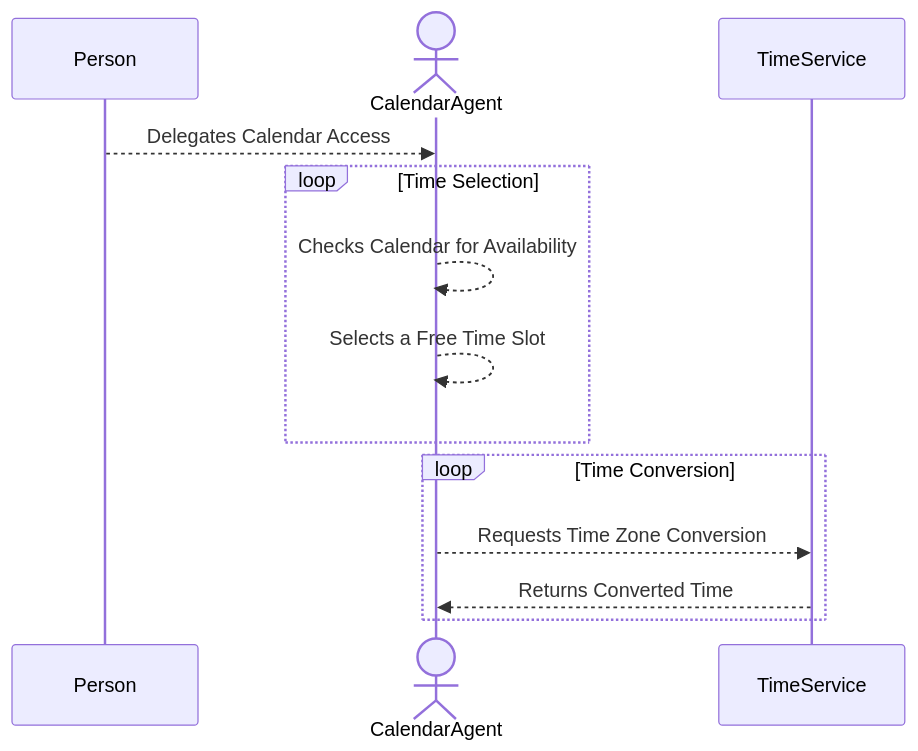
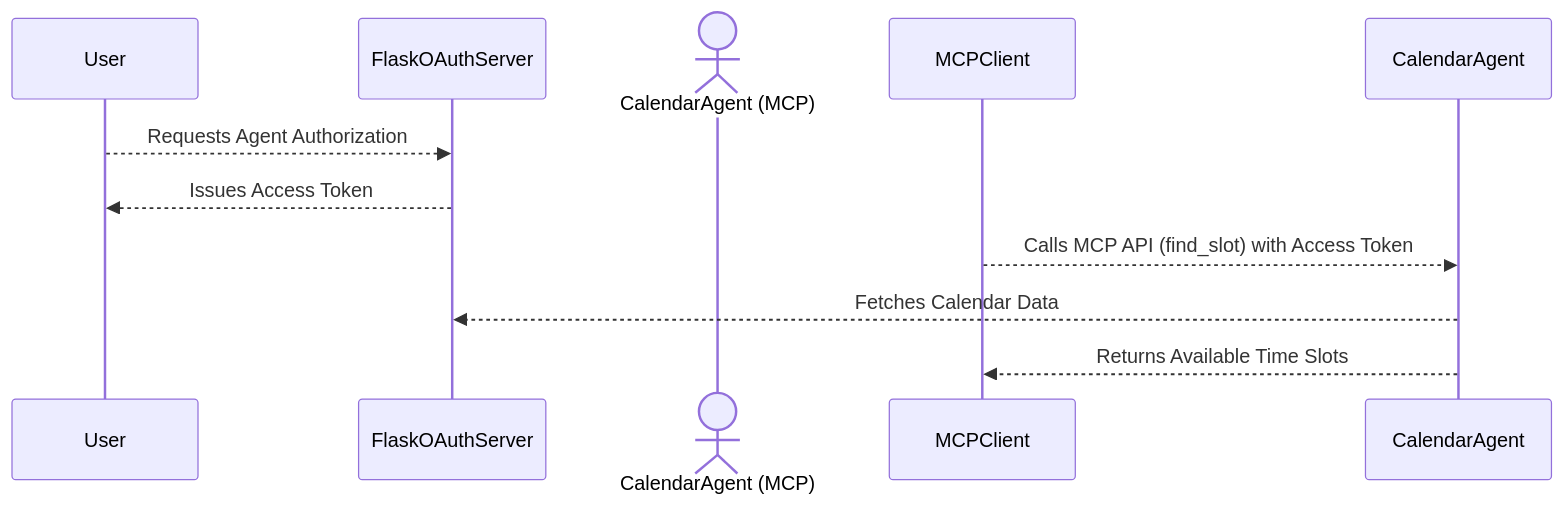
Before and after one commit to madesm/arXiv-2501.09674v1-agentic-delegation-demo: the diagram in README.md, drawn with Mermaid. The commit also changed other lines of this file, not shown here.

````diff
--- a/README.md
+++ b/README.md
@@ -33,16 +45,13 @@
 ```mermaid
 sequenceDiagram
-  participant Person
-  actor CalendarAgent
-  participant TimeService
+  participant User
+  participant FlaskOAuthServer
+  actor CalendarAgent (MCP)
+  participant MCPClient
 
-  Person -->> CalendarAgent : Delegates Calendar Access
-  loop Time Selection
-    CalendarAgent -->> CalendarAgent : Checks Calendar for Availability
-    CalendarAgent -->> CalendarAgent : Selects a Free Time Slot
-  end
-  loop Time Conversion
-    CalendarAgent -->> TimeService : Requests Time Zone Conversion
-    TimeService -->> CalendarAgent : Returns Converted Time
-  end
+  User -->> FlaskOAuthServer : Requests Agent Authorization
+  FlaskOAuthServer -->> User : Issues Access Token
+  MCPClient -->> CalendarAgent : Calls MCP API (find_slot) with Access Token
+  CalendarAgent -->> FlaskOAuthServer : Fetches Calendar Data
+  CalendarAgent -->> MCPClient : Returns Available Time Slots
 ```
````
